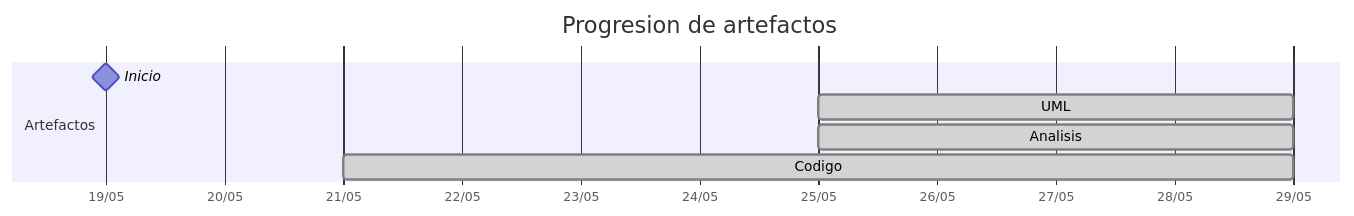
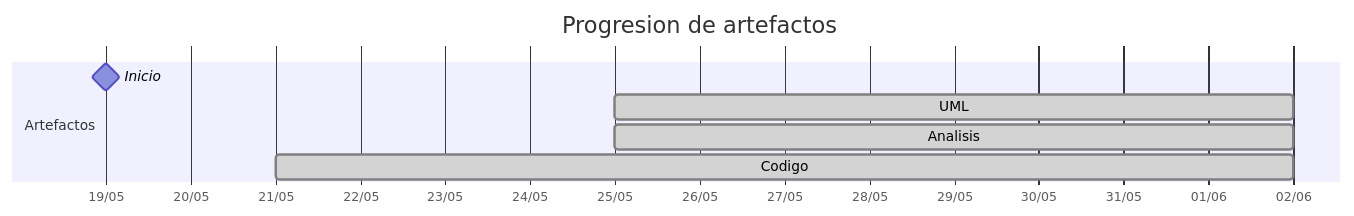
The diagram in TIMELINES/marcosgutierrez6.md (carlos-alvarado-25/25-26-idsw2-sdVC), drawn with Mermaid before and after one commit. The commit also changed other lines of this file and 11 other files, not shown here.

````diff
--- a/TIMELINES/marcosgutierrez6.md
+++ b/TIMELINES/marcosgutierrez6.md
@@ -19,11 +20,11 @@
 ```mermaid
 gantt
     title Progresion de artefactos
     dateFormat YYYY-MM-DD
     axisFormat %d/%m
     section Artefactos
         Inicio       :milestone, 2026-05-19, 0d
-        UML          :done, 2026-05-25, 2026-05-29
-        Analisis     :done, 2026-05-25, 2026-05-29
-        Codigo       :done, 2026-05-21, 2026-05-29
+        UML          :done, 2026-05-25, 2026-06-02
+        Analisis     :done, 2026-05-25, 2026-06-02
+        Codigo       :done, 2026-05-21, 2026-06-02
 ```
````
